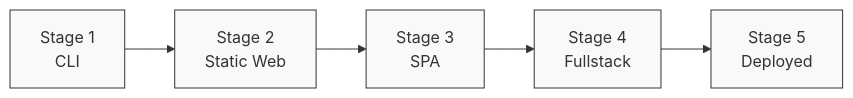
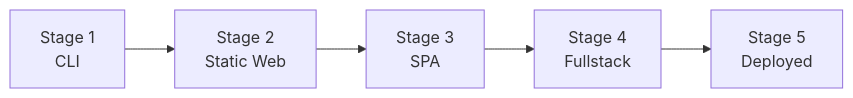
One commit to Episk-pos/DevFoundry changed the diagram in website/docs/overview.md. Above: the diagram before and after it, drawn with Mermaid. The commit also changed 5 other files, not shown here.

````diff
--- a/website/docs/overview.md
+++ b/website/docs/overview.md
@@ -154,13 +154,7 @@
 ```mermaid
 graph LR
     A[Stage 1<br/>CLI] --> B[Stage 2<br/>Static Web]
     B --> C[Stage 3<br/>SPA]
     C --> D[Stage 4<br/>Fullstack]
     D --> E[Stage 5<br/>Deployed]
-
-    style A fill:#f9f9f9,stroke:#333
-    style B fill:#f9f9f9,stroke:#333
-    style C fill:#f9f9f9,stroke:#333
-    style D fill:#f9f9f9,stroke:#333
-    style E fill:#f9f9f9,stroke:#333
 ```
````
